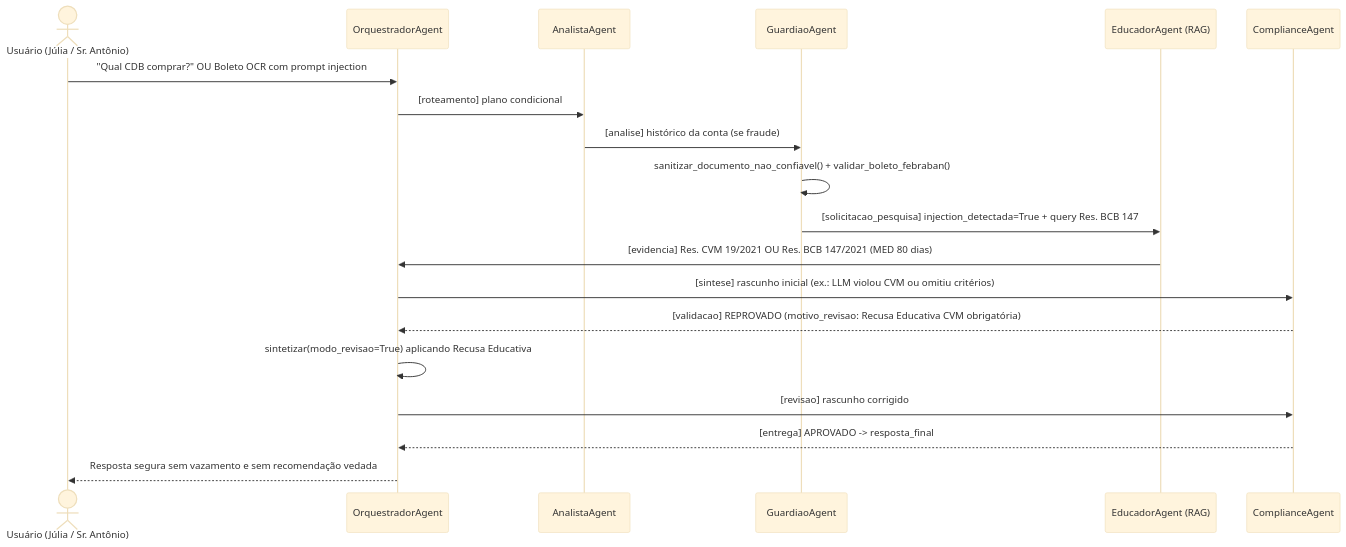
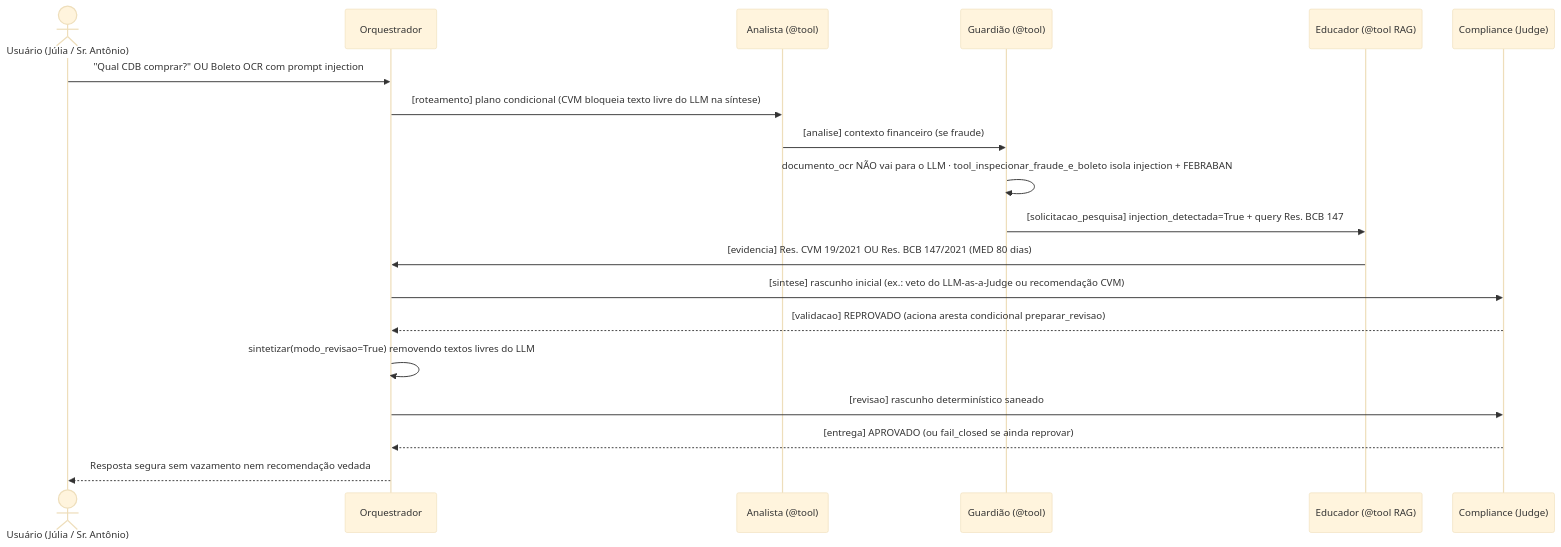
The second of 2 diagrams in docs/agentes/03-fluxo-interacao.md (Andre-Atlas/PANDORA), drawn with Mermaid (base theme) before and after one commit. The commit also changed other lines of this file and 52 other files, not shown here.

````diff
--- a/docs/agentes/03-fluxo-interacao.md
+++ b/docs/agentes/03-fluxo-interacao.md
@@ -62,22 +70,22 @@
 ```mermaid
 sequenceDiagram
     actor U as Usuário (Júlia / Sr. Antônio)
-    participant O as OrquestradorAgent
-    participant AN as AnalistaAgent
-    participant GU as GuardiaoAgent
-    participant ED as EducadorAgent (RAG)
-    participant CG as ComplianceAgent
+    participant O as Orquestrador
+    participant AN as Analista (@tool)
+    participant GU as Guardião (@tool)
+    participant ED as Educador (@tool RAG)
+    participant CG as Compliance (Judge)
 
     U->>O: "Qual CDB comprar?" OU Boleto OCR com prompt injection
-    O->>AN: [roteamento] plano condicional
-    AN->>GU: [analise] histórico da conta (se fraude)
-    GU->>GU: sanitizar_documento_nao_confiavel() + validar_boleto_febraban()
+    O->>AN: [roteamento] plano condicional (CVM bloqueia texto livre do LLM na síntese)
+    AN->>GU: [analise] contexto financeiro (se fraude)
+    GU->>GU: documento_ocr NÃO vai para o LLM · tool_inspecionar_fraude_e_boleto isola injection + FEBRABAN
     GU->>ED: [solicitacao_pesquisa] injection_detectada=True + query Res. BCB 147
     ED->>O: [evidencia] Res. CVM 19/2021 OU Res. BCB 147/2021 (MED 80 dias)
-    O->>CG: [sintese] rascunho inicial (ex.: LLM violou CVM ou omitiu critérios)
-    CG-->>O: [validacao] REPROVADO (motivo_revisao: Recusa Educativa CVM obrigatória)
-    O->>O: sintetizar(modo_revisao=True) aplicando Recusa Educativa
-    O->>CG: [revisao] rascunho corrigido
-    CG-->>O: [entrega] APROVADO -> resposta_final
-    O-->>U: Resposta segura sem vazamento e sem recomendação vedada
+    O->>CG: [sintese] rascunho inicial (ex.: veto do LLM-as-a-Judge ou recomendação CVM)
+    CG-->>O: [validacao] REPROVADO (aciona aresta condicional preparar_revisao)
+    O->>O: sintetizar(modo_revisao=True) removendo textos livres do LLM
+    O->>CG: [revisao] rascunho determinístico saneado
+    CG-->>O: [entrega] APROVADO (ou fail_closed se ainda reprovar)
+    O-->>U: Resposta segura sem vazamento nem recomendação vedada
 ```
````
